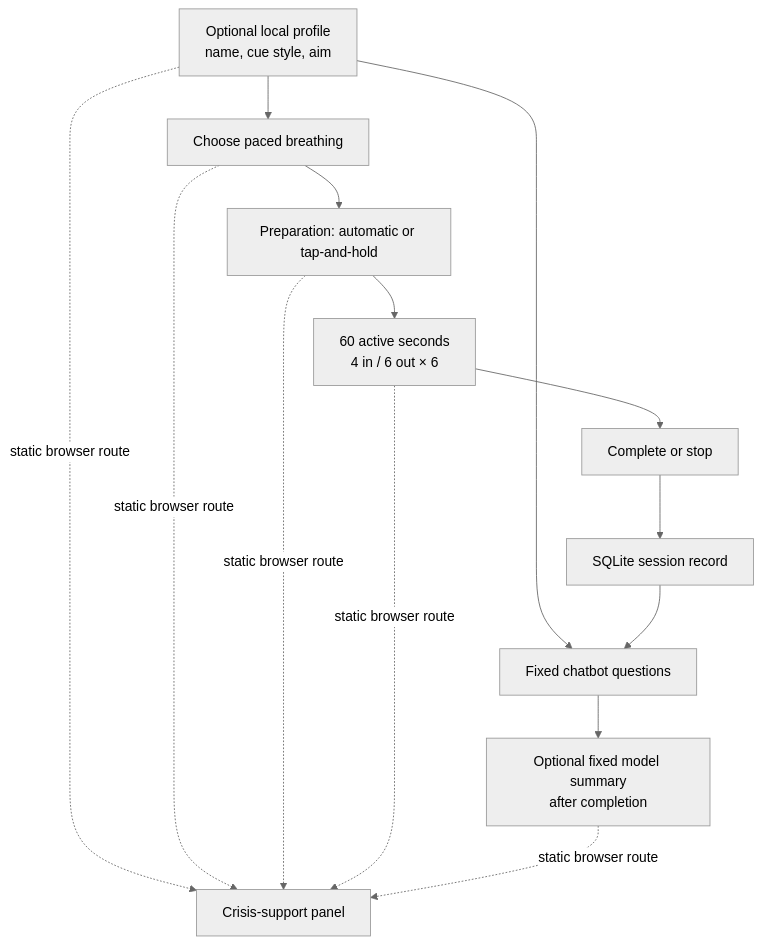
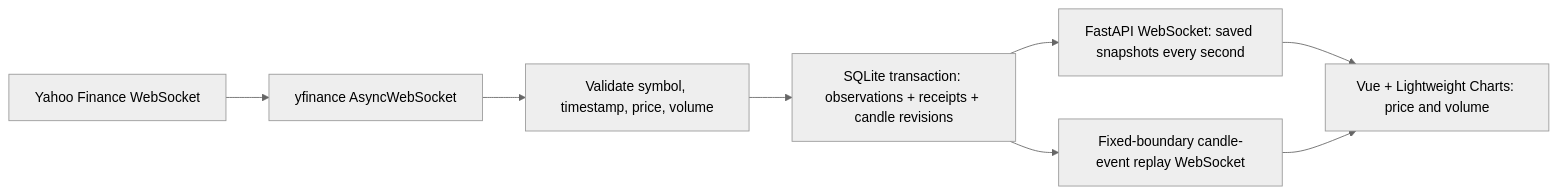
Before and after one commit to bkaping/expedia-lite: the diagram in docs/design.md, drawn with Mermaid (neutral theme). The commit also changed other lines of this file and 39 other files, not shown here.

````diff
--- a/docs/design.md
+++ b/docs/design.md
@@ -7,16 +5,10 @@
 ```mermaid
-flowchart TD
-  A[Optional local profile\nname, cue style, aim] --> B[Choose paced breathing]
-  B --> C[Preparation: automatic or tap-and-hold]
-  C --> D[60 active seconds\n4 in / 6 out × 6]
-  D --> E[Complete or stop]
-  E --> F[SQLite session record]
-  A --> G[Fixed chatbot questions]
-  F --> G
-  G --> I[Optional fixed model summary\nafter completion]
-  A -. static browser route .-> H[Crisis-support panel]
-  B -. static browser route .-> H
-  C -. static browser route .-> H
-  D -. static browser route .-> H
-  I -. static browser route .-> H
+flowchart LR
+  Y[Yahoo Finance WebSocket] --> A[yfinance AsyncWebSocket]
+  A --> V[Validate symbol, timestamp, price, volume]
+  V --> S[SQLite transaction: observations + receipts + candle revisions]
+  S --> W[FastAPI WebSocket: saved snapshots every second]
+  W --> C[Vue + Lightweight Charts: price and volume]
+  S --> R[Fixed-boundary candle-event replay WebSocket]
+  R --> C
 ```
````
